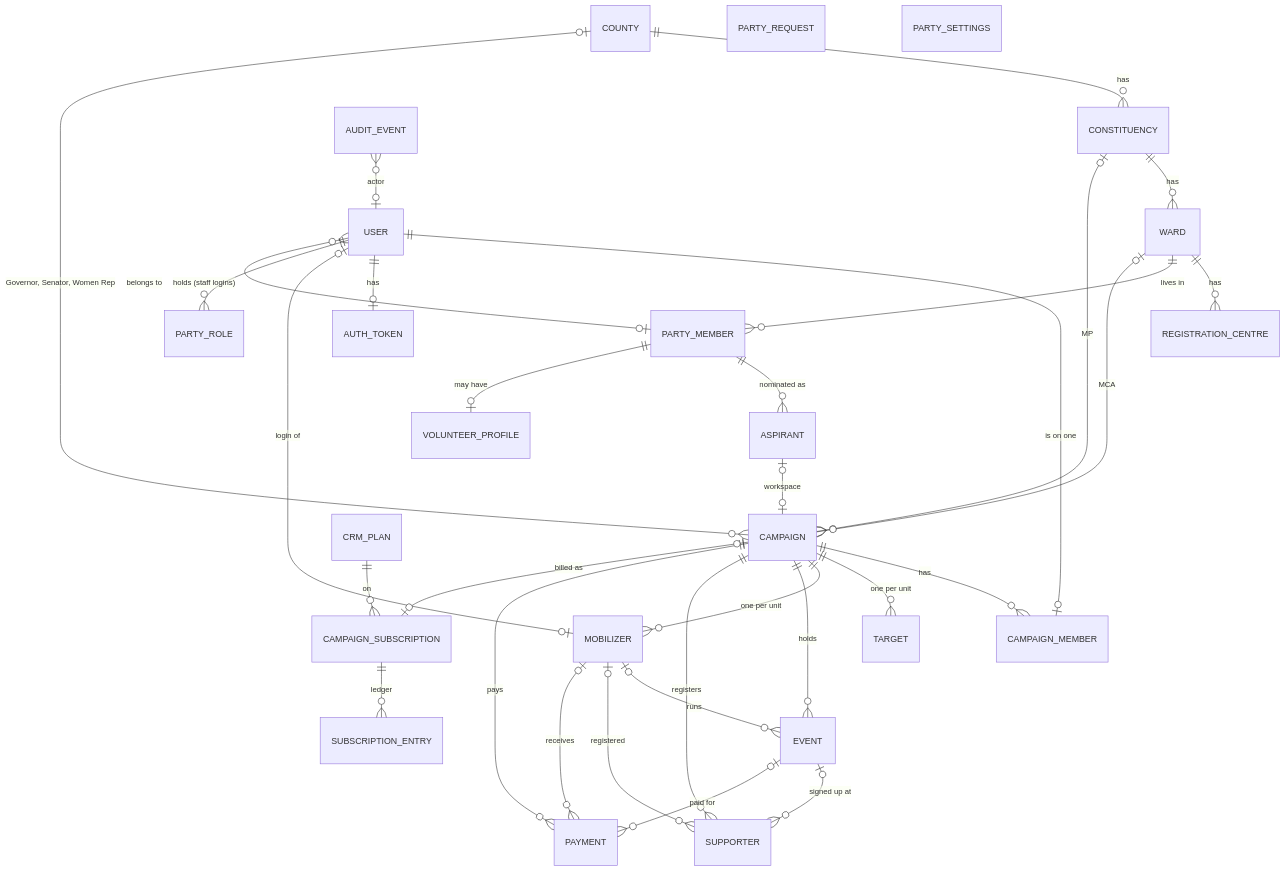
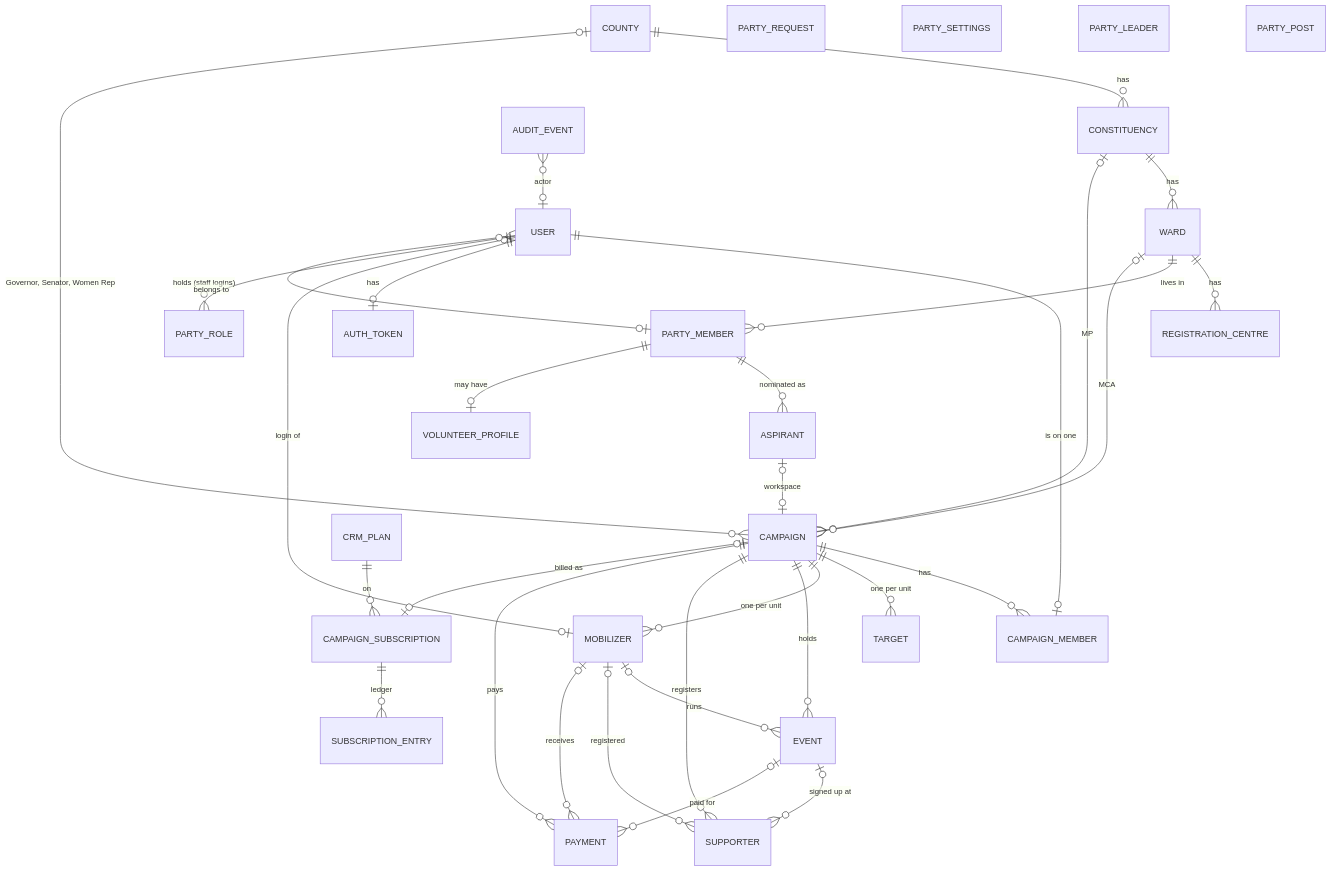
The third of 3 diagrams in docs/SYSTEM.md (JeremyWarui/super-duper-crm), drawn with Mermaid before and after one commit. The commit also changed other lines of this file and 2 other files, not shown here.

````diff
--- a/docs/SYSTEM.md
+++ b/docs/SYSTEM.md
@@ -521,35 +558,37 @@
 ```mermaid
 erDiagram
   COUNTY ||--o{ CONSTITUENCY : has
   CONSTITUENCY ||--o{ WARD : has
   WARD ||--o{ REGISTRATION_CENTRE : has
   CAMPAIGN }o--o| COUNTY : "Governor, Senator, Women Rep"
   CAMPAIGN }o--o| CONSTITUENCY : "MP"
   CAMPAIGN }o--o| WARD : "MCA"
   CAMPAIGN ||--o{ CAMPAIGN_MEMBER : has
   USER ||--o| CAMPAIGN_MEMBER : "is on one"
   USER ||--o| AUTH_TOKEN : has
   CAMPAIGN ||--o{ TARGET : "one per unit"
   CAMPAIGN ||--o{ MOBILIZER : "one per unit"
   CAMPAIGN ||--o{ EVENT : holds
   CAMPAIGN ||--o{ SUPPORTER : registers
   CAMPAIGN ||--o{ PAYMENT : pays
   USER |o--o| MOBILIZER : "login of"
   MOBILIZER |o--o{ EVENT : runs
   MOBILIZER |o--o{ SUPPORTER : registered
   EVENT |o--o{ SUPPORTER : "signed up at"
   EVENT |o--o{ PAYMENT : "paid for"
   MOBILIZER |o--o{ PAYMENT : receives
   USER ||--o{ PARTY_ROLE : "holds (staff logins)"
   USER }o--o| PARTY_MEMBER : "belongs to"
   PARTY_MEMBER ||--o{ ASPIRANT : "nominated as"
   ASPIRANT |o--o| CAMPAIGN : "workspace"
   WARD ||--o{ PARTY_MEMBER : "lives in"
   PARTY_MEMBER ||--o| VOLUNTEER_PROFILE : "may have"
   CAMPAIGN |o--o| CAMPAIGN_SUBSCRIPTION : "billed as"
   CRM_PLAN ||--o{ CAMPAIGN_SUBSCRIPTION : "on"
   CAMPAIGN_SUBSCRIPTION ||--o{ SUBSCRIPTION_ENTRY : "ledger"
   PARTY_REQUEST
   AUDIT_EVENT }o--o| USER : actor
   PARTY_SETTINGS
+  PARTY_LEADER
+  PARTY_POST
 ```
````
